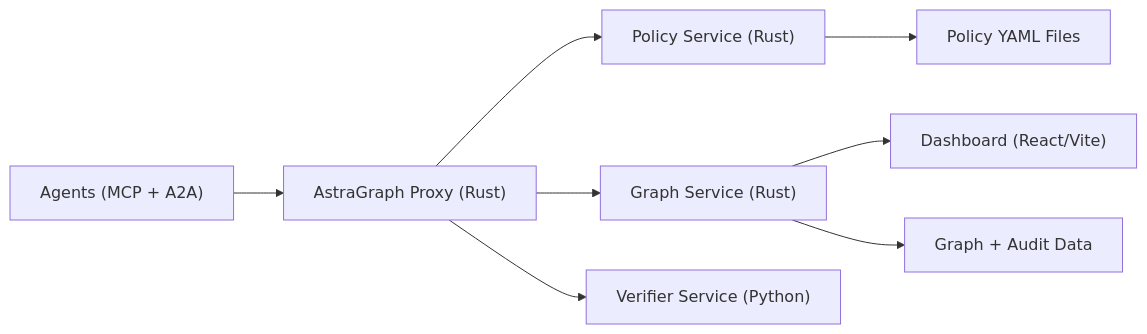
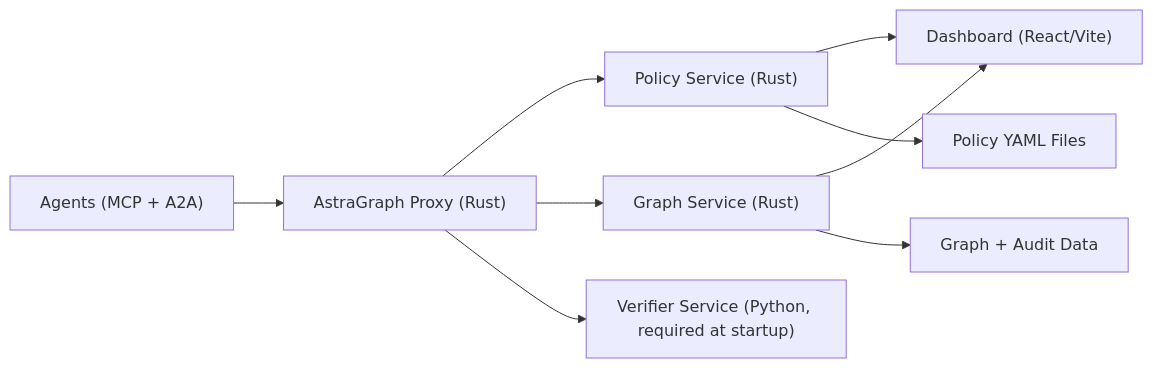
One commit to yagna-1/astragraph changed the first of 2 diagrams in README.md. Above: the diagram before and after it, drawn with Mermaid. The commit also changed other lines of this file, not shown here.

Commit message:
docs: align README diagrams with reference specs

````diff
--- a/README.md
+++ b/README.md
@@ -16,10 +16,11 @@
 ```mermaid
 flowchart LR
     AGENTS["Agents (MCP + A2A)"] --> PROXY["AstraGraph Proxy (Rust)"]
     PROXY --> POLICY["Policy Service (Rust)"]
     PROXY --> GRAPH["Graph Service (Rust)"]
-    PROXY --> VERIFIER["Verifier Service (Python)"]
+    PROXY --> VERIFIER["Verifier Service (Python, required at startup)"]
     GRAPH --> DASH["Dashboard (React/Vite)"]
+    POLICY --> DASH
     POLICY --> POLICYFILES["Policy YAML Files"]
     GRAPH --> DATASTORE["Graph + Audit Data"]
 ```
````
